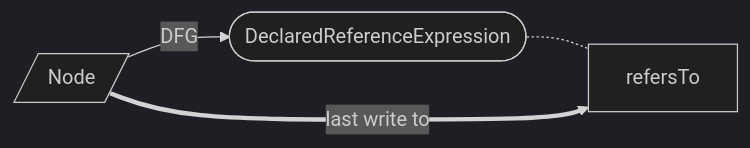
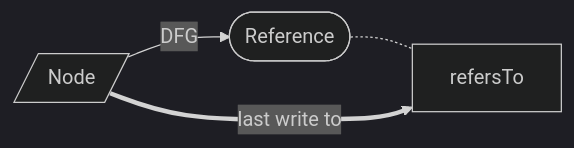
One commit to Fraunhofer-AISEC/cpg changed diagram 18 of 38 in docs/docs/CPG/specs/dfg.md. Above: the diagram before and after it, drawn with Mermaid (dark theme). The commit also changed other lines of this file and 19 other files, not shown here.

````diff
--- a/docs/docs/CPG/specs/dfg.md
+++ b/docs/docs/CPG/specs/dfg.md
@@ -250,6 +250,6 @@
   ```mermaid
   flowchart LR
-    node([DeclaredReferenceExpression]) -.- refersTo;
+    node([Reference]) -.- refersTo;
     A == last write to ==> refersTo;
     A[/Node/] -- DFG --> node;
   ```
````
